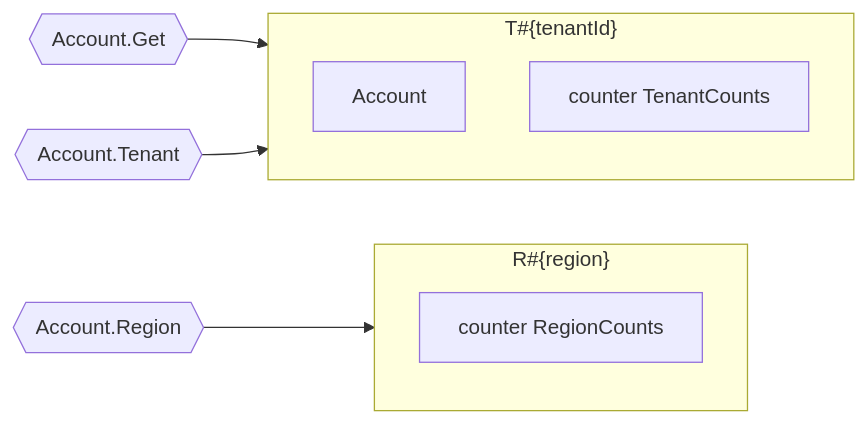
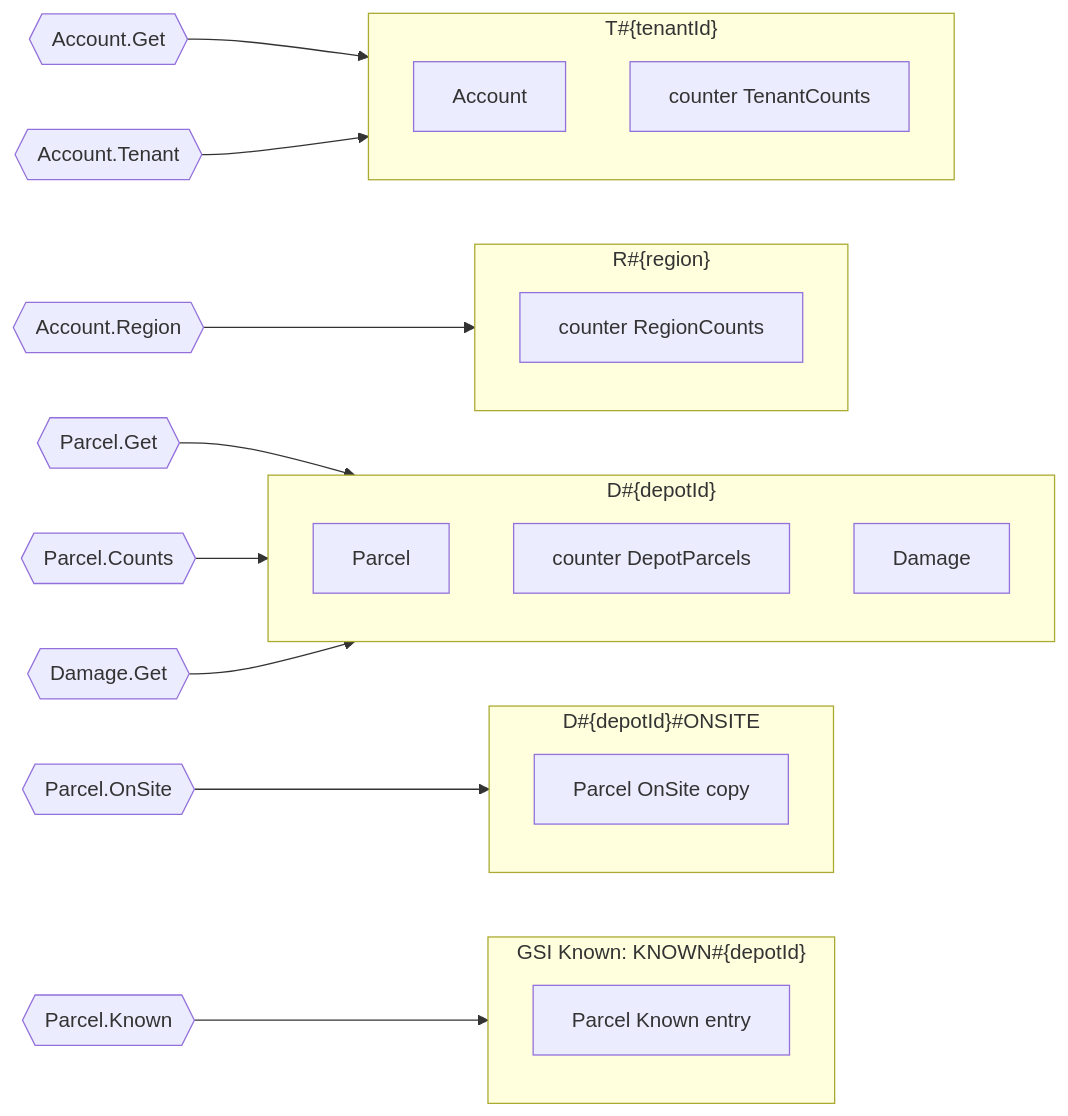
The fourth of 7 diagrams in internal/e2e/fixture/fixture.model.md (nicklanng/dynago), drawn with Mermaid before and after one commit. The commit also changed other lines of this file and 25 other files, not shown here.

````diff
--- a/internal/e2e/fixture/fixture.model.md
+++ b/internal/e2e/fixture/fixture.model.md
@@ -97,13 +153,29 @@
 ```mermaid
 flowchart LR
   subgraph p0["T#35;{tenantId}"]
     p0m0["Account"]
     p0m1["counter TenantCounts"]
   end
   subgraph p1["R#35;{region}"]
     p1m0["counter RegionCounts"]
   end
+  subgraph p2["D#35;{depotId}"]
+    p2m0["Parcel"]
+    p2m1["counter DepotParcels"]
+    p2m2["Damage"]
+  end
+  subgraph p3["D#35;{depotId}#35;ONSITE"]
+    p3m0["Parcel OnSite copy"]
+  end
+  subgraph p4["GSI Known: KNOWN#35;{depotId}"]
+    p4m0["Parcel Known entry"]
+  end
   r_Account_Get{{"Account.Get"}} --> p0
   r_Account_Tenant{{"Account.Tenant"}} --> p0
   r_Account_Region{{"Account.Region"}} --> p1
+  r_Parcel_Get{{"Parcel.Get"}} --> p2
+  r_Parcel_OnSite{{"Parcel.OnSite"}} --> p3
+  r_Parcel_Known{{"Parcel.Known"}} --> p4
+  r_Parcel_Counts{{"Parcel.Counts"}} --> p2
+  r_Damage_Get{{"Damage.Get"}} --> p2
 ```
````
